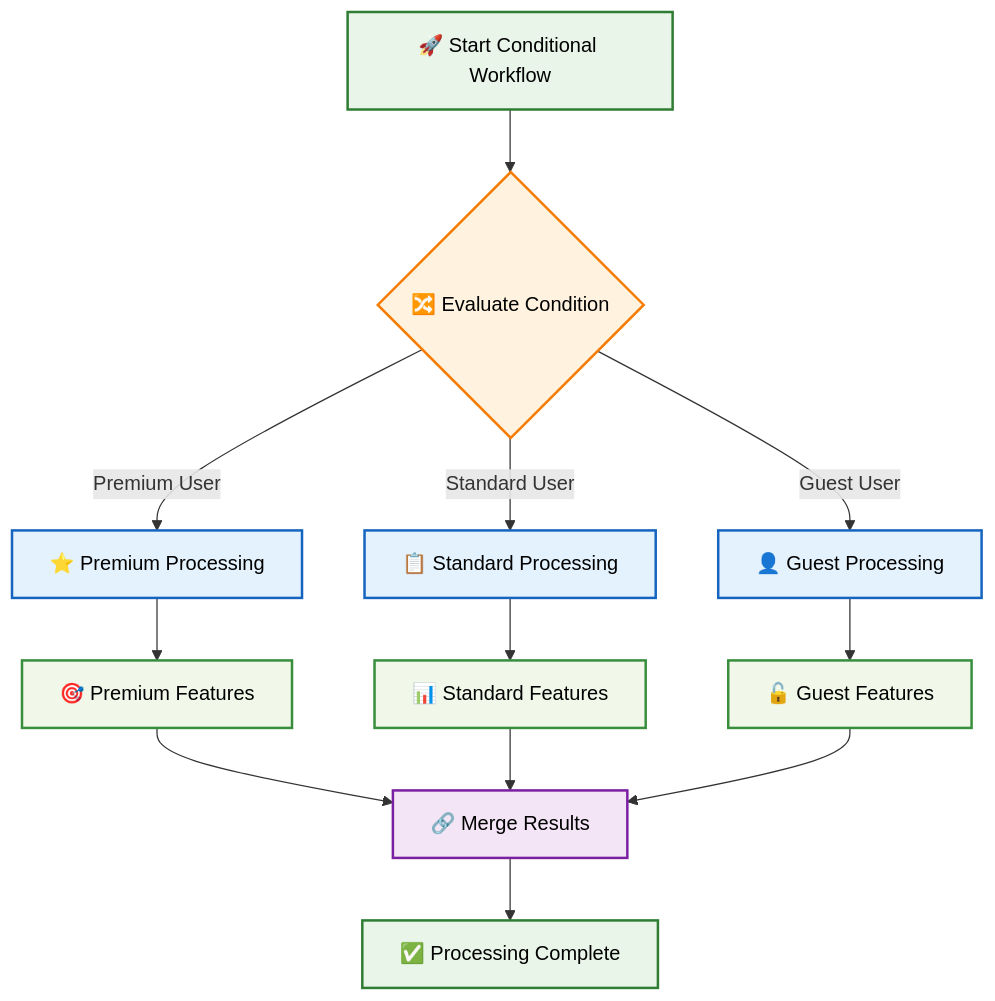
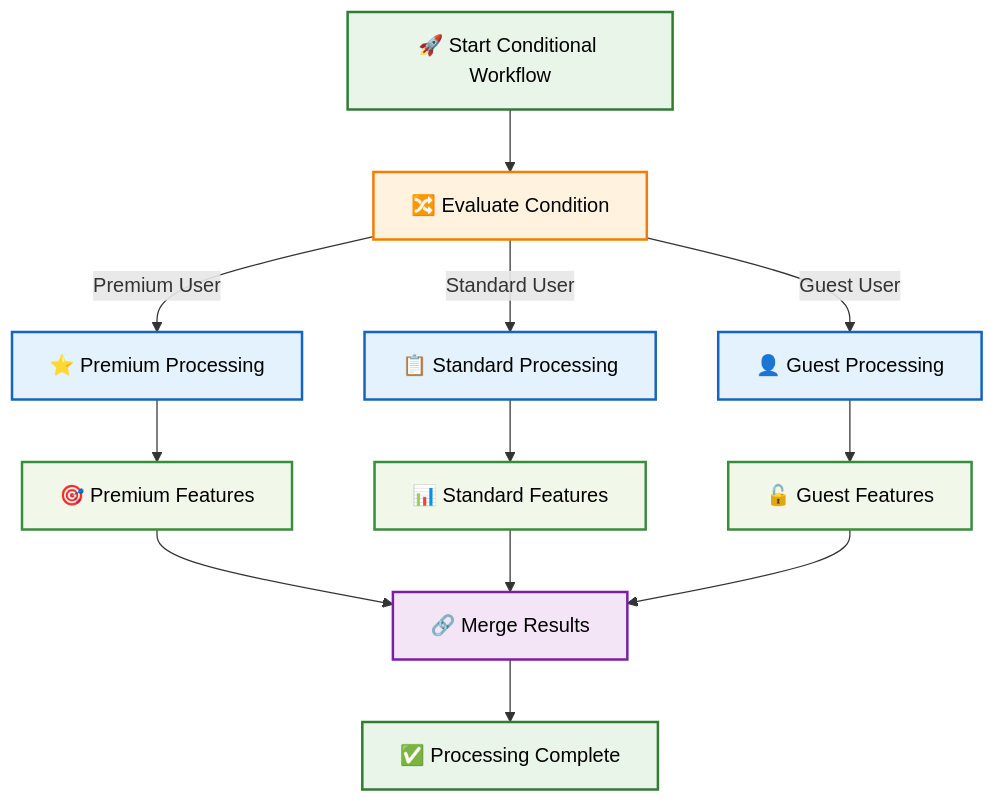
One commit to abdoElHodaky/larvrevrstender changed the seventh of 10 diagrams in diagrams/workflow-orchestration.md. Above: the diagram before and after it, drawn with Mermaid. The commit also changed other lines of this file and 1 other file, not shown here.

````diff
--- a/diagrams/workflow-orchestration.md
+++ b/diagrams/workflow-orchestration.md
@@ -325,30 +325,30 @@
 ```mermaid
 graph TD
-    START[🚀 Start Conditional Workflow] --> CONDITION{🔀 Evaluate Condition}
+    START[🚀 Start Conditional Workflow] --> CONDITION[🔀 Evaluate Condition]
     
     CONDITION -->|Premium User| PREMIUM_PATH[⭐ Premium Processing]
     CONDITION -->|Standard User| STANDARD_PATH[📋 Standard Processing]
     CONDITION -->|Guest User| GUEST_PATH[👤 Guest Processing]
     
     PREMIUM_PATH --> PREMIUM_FEATURES[🎯 Premium Features]
     STANDARD_PATH --> STANDARD_FEATURES[📊 Standard Features]
     GUEST_PATH --> GUEST_FEATURES[🔓 Guest Features]
     
     PREMIUM_FEATURES --> MERGE[🔗 Merge Results]
     STANDARD_FEATURES --> MERGE
     GUEST_FEATURES --> MERGE
     
     MERGE --> COMPLETE[✅ Processing Complete]
 
     classDef startStyle fill:#e8f5e8,stroke:#2e7d32,stroke-width:2px,color:#000
     classDef conditionStyle fill:#fff3e0,stroke:#f57c00,stroke-width:2px,color:#000
     classDef pathStyle fill:#e3f2fd,stroke:#1565c0,stroke-width:2px,color:#000
     classDef featureStyle fill:#f1f8e9,stroke:#388e3c,stroke-width:2px,color:#000
     classDef mergeStyle fill:#f3e5f5,stroke:#7b1fa2,stroke-width:2px,color:#000
     
     class START,COMPLETE startStyle
     class CONDITION conditionStyle
     class PREMIUM_PATH,STANDARD_PATH,GUEST_PATH pathStyle
     class PREMIUM_FEATURES,STANDARD_FEATURES,GUEST_FEATURES featureStyle
     class MERGE mergeStyle
 ```
````
